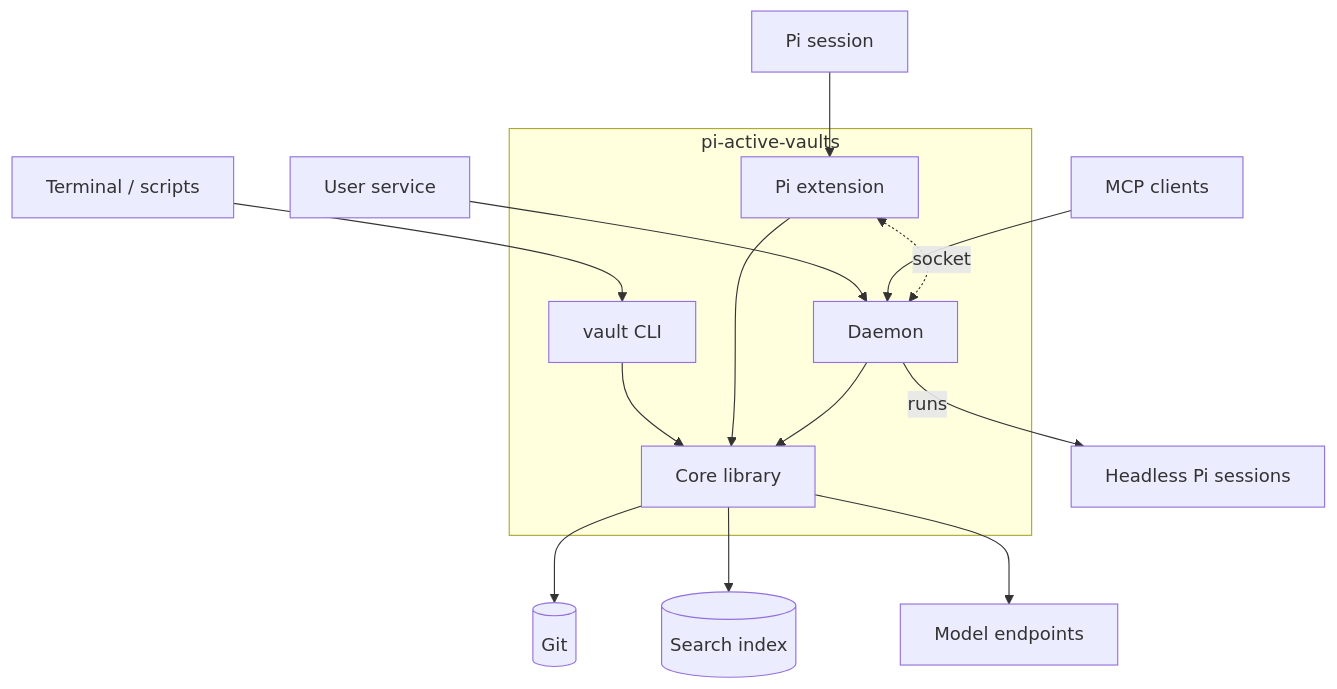
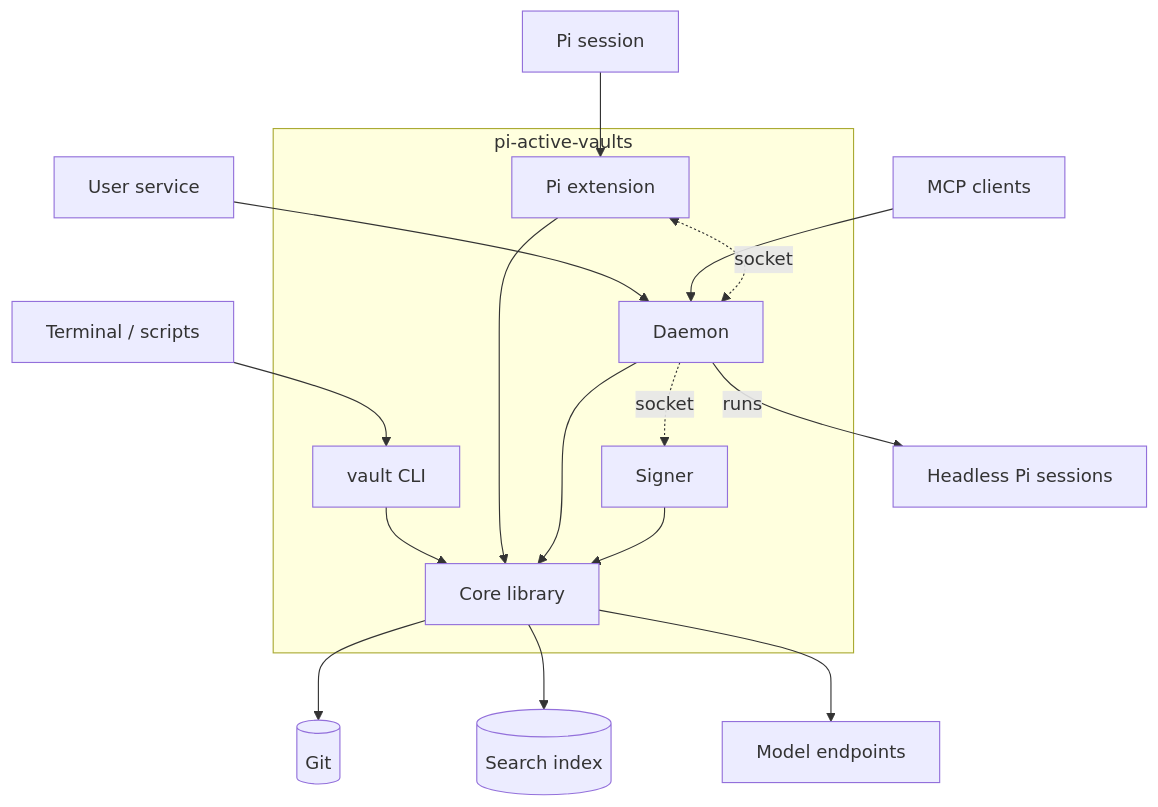
One commit to jerryjvl/pi-active-vaults changed the first of 2 diagrams in docs/architecture.md. Above: the diagram before and after it, drawn with Mermaid. The commit also changed other lines of this file and 55 other files, not shown here.

````diff
--- a/docs/architecture.md
+++ b/docs/architecture.md
@@ -6,32 +6,35 @@
 ```mermaid
 flowchart TB
   term[Terminal / scripts]
   pisess[Pi session]
   svc[User service]
   mcpc[MCP clients]
 
   subgraph pkg[pi-active-vaults]
     cli[vault CLI]
     ext[Pi extension]
     dmn[Daemon]
+    sgn[Signer]
     core[Core library]
   end
 
   git[(Git)]
   idx[(Search index)]
   models[Model endpoints]
   headless[Headless Pi sessions]
 
   term --> cli
   pisess --> ext
   svc --> dmn
   mcpc --> dmn
   ext <-. socket .-> dmn
   cli --> core
   ext --> core
   dmn --> core
   core --> git
   core --> idx
   core --> models
   dmn -- runs --> headless
+  dmn -. socket .-> sgn
+  sgn --> core
 ```
````
